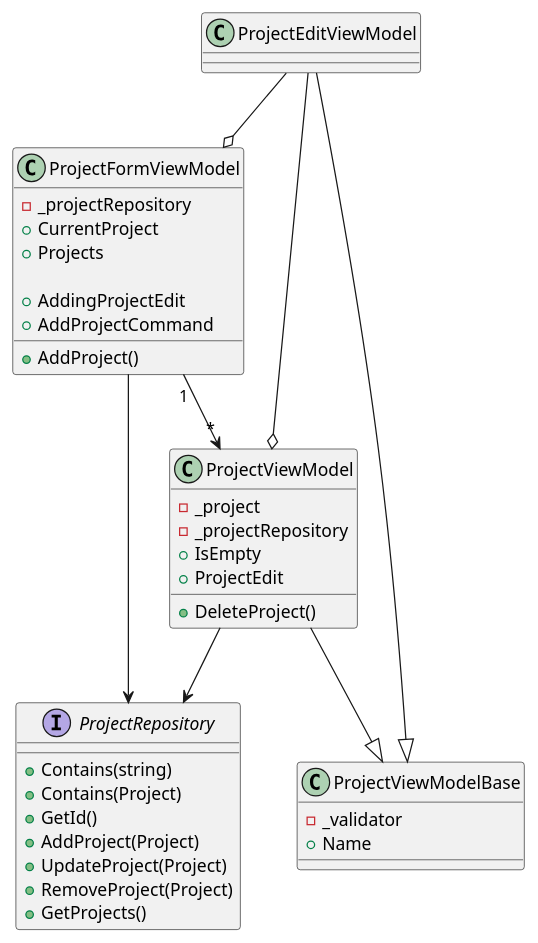
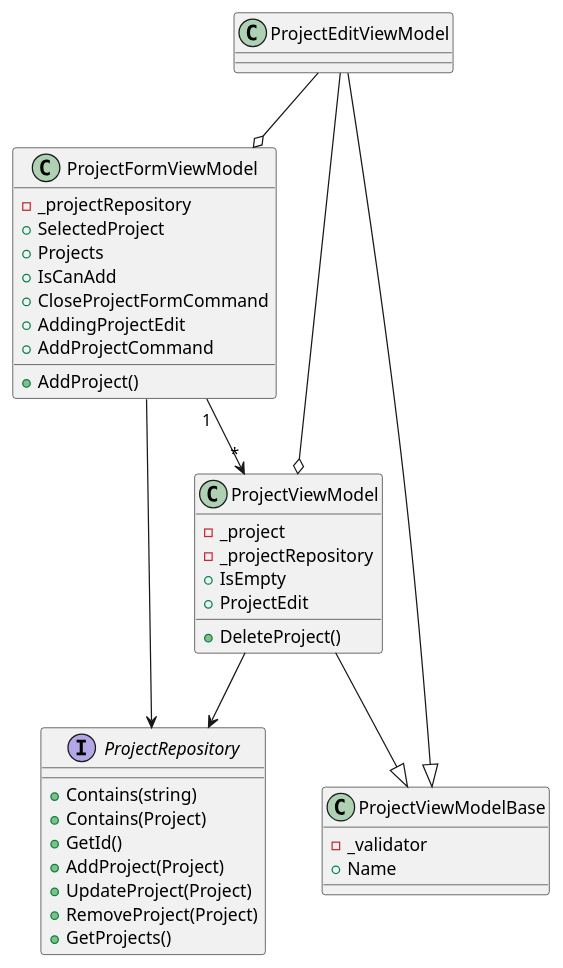
Before and after one commit to quaterni/TimaProject: the diagram in docs/class_diagrams/projectform.plantuml, drawn with PlantUML. The commit also changed 6 other files, not shown here.

Commit message:
add: ProjectFormViewModel, ProjectViewModelfactory and tests

```diff
--- a/docs/class_diagrams/projectform.plantuml
+++ b/docs/class_diagrams/projectform.plantuml
@@ -1,55 +1,56 @@
 @startuml
 
 class "ProjectFormViewModel" as pf {
     - _projectRepository
-    + CurrentProject
+    + SelectedProject
     + Projects
-
+    + IsCanAdd
+    + CloseProjectFormCommand
     + AddingProjectEdit
     + AddProjectCommand
     + AddProject()
 }
 
 class "ProjectViewModelBase" as projectBase{
     - _validator
     + Name
 
 }
 
 class "ProjectViewModel" as projectVM {
     - _project
     - _projectRepository
     + IsEmpty
     + ProjectEdit
     + DeleteProject()
 }
 
 pf "1" --> "*" projectVM
 
 class "ProjectEditViewModel" as projectEdit{
 
 }
 
 projectEdit --|> projectBase
 projectVM --|> projectBase
 
 projectEdit --o pf
 projectEdit --o projectVM
 
 
 interface "ProjectRepository" as pr {
     + Contains(string)
     + Contains(Project)
     + GetId()
     + AddProject(Project)
     + UpdateProject(Project)
     + RemoveProject(Project)
     + GetProjects()
 
 }
 
 pf --> pr
 projectVM --> pr
 
 
 @enduml
```
